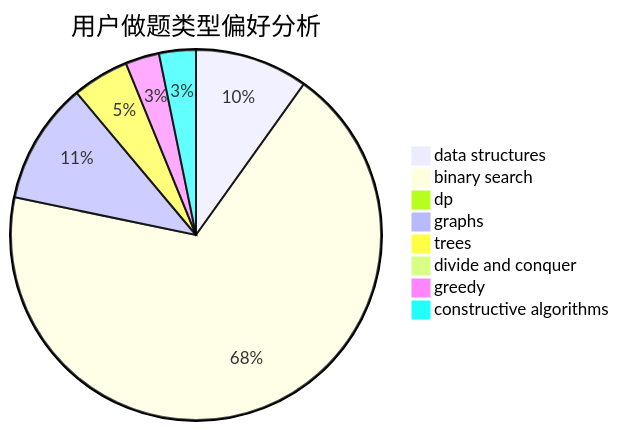
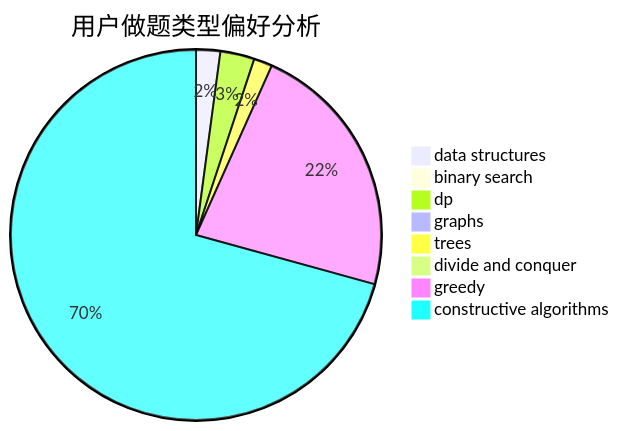
Before and after one commit to sherpahu/cfrs.github.io: the second of 3 diagrams in docs/user/u1169.md, drawn with Mermaid. The commit also changed other lines of this file and 2770 other files, not shown here.

````diff
--- a/docs/user/u1169.md
+++ b/docs/user/u1169.md
@@ -23,11 +23,11 @@
 ```mermaid
 pie title 用户做题类型偏好分析
-    "data structures" :  40
-    "binary search" :  277
-    "dp" :  1
-    "graphs" :  43
-    "trees" :  20
+    "data structures" :  17
+    "binary search" :  0
+    "dp" :  24
+    "graphs" :  5
+    "trees" :  13
     "divide and conquer" :  0
-    "greedy" :  12
-    "constructive algorithms" :  13
+    "greedy" :  182
+    "constructive algorithms" :  570
 ```
````
